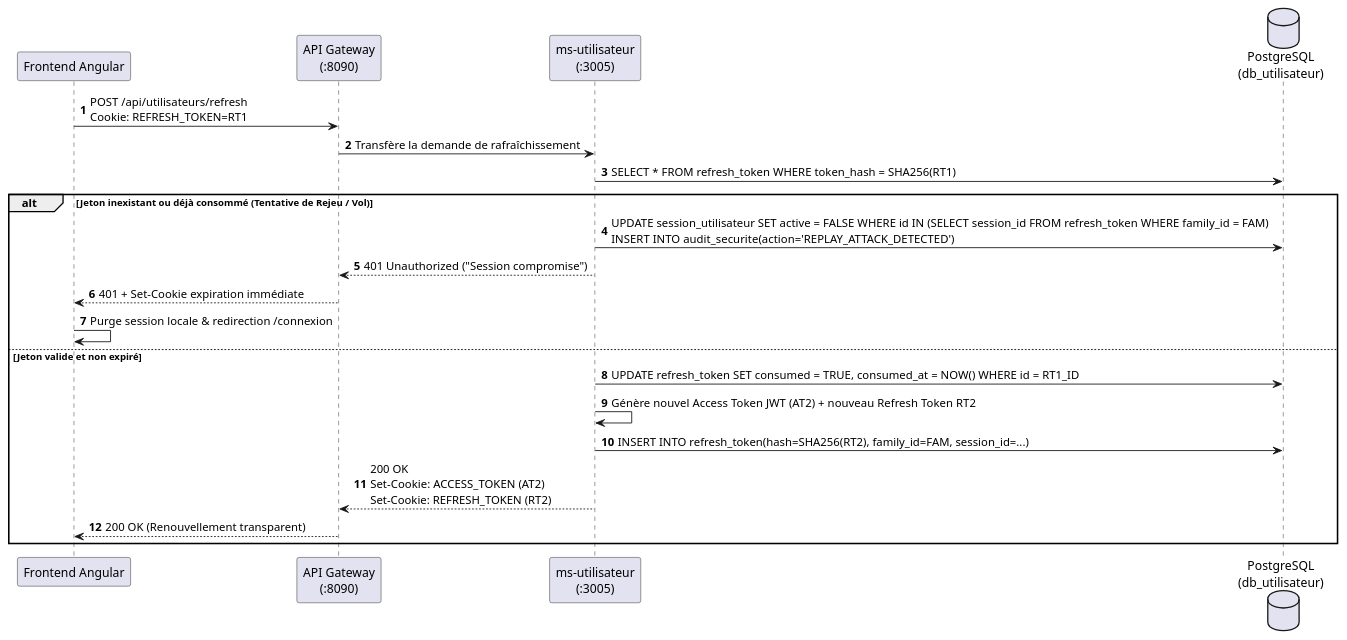
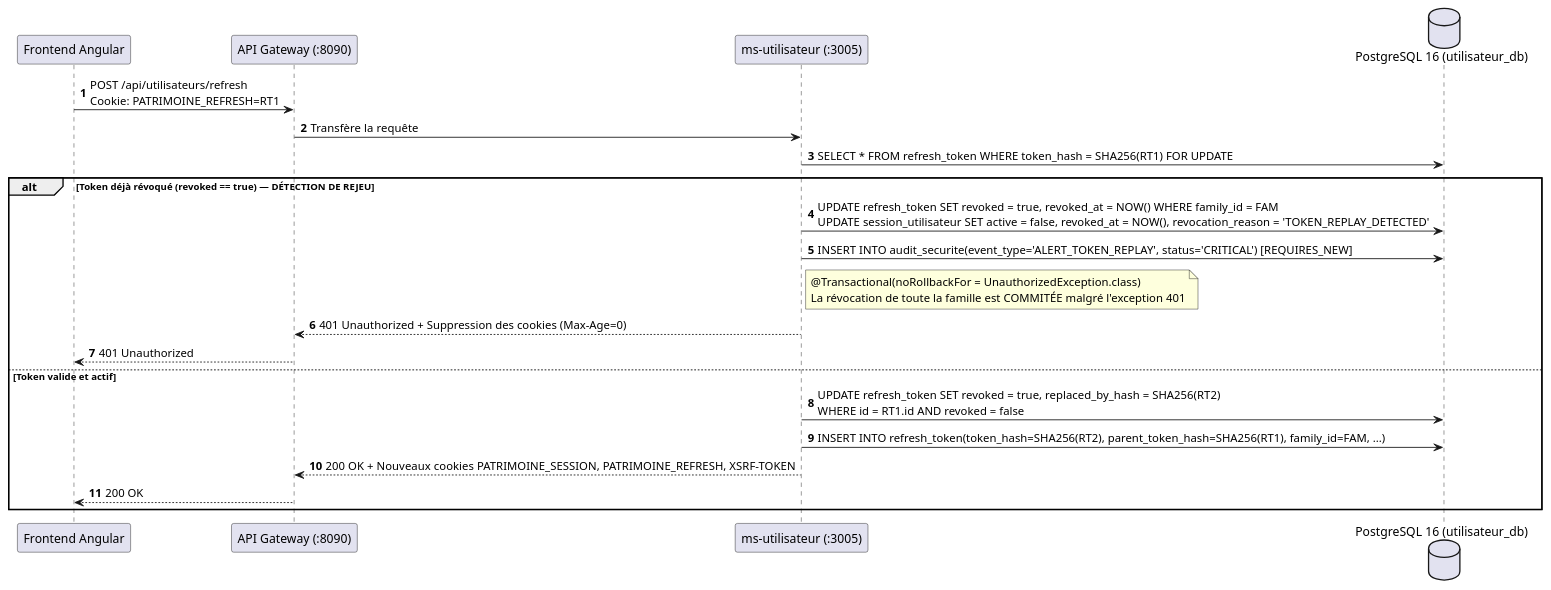
One commit to ona79/micro-service changed the third of 3 diagrams in docs/security/P02_ARCHITECTURE_SECURITE.md. Above: the diagram before and after it, drawn with PlantUML. The commit also changed other lines of this file and 5 other files, not shown here.

Commit message:
docs(security): alignement documentaire P02-CORRECTION, formules HMAC, procédures secrets et métriques PostgreSQL 16

````diff
--- a/docs/security/P02_ARCHITECTURE_SECURITE.md
+++ b/docs/security/P02_ARCHITECTURE_SECURITE.md
@@ -130,25 +178,25 @@
 ```plantuml
 @startuml P02_Sequence_Refresh
 autonumber
 participant "Frontend Angular" as UI
-participant "API Gateway\n(:8090)" as GW
-participant "ms-utilisateur\n(:3005)" as IdP
-database "PostgreSQL\n(db_utilisateur)" as DB
+participant "API Gateway (:8090)" as GW
+participant "ms-utilisateur (:3005)" as IdP
+database "PostgreSQL 16 (utilisateur_db)" as DB
 
-UI -> GW : POST /api/utilisateurs/refresh\nCookie: REFRESH_TOKEN=RT1
-GW -> IdP : Transfère la demande de rafraîchissement
-IdP -> DB : SELECT * FROM refresh_token WHERE token_hash = SHA256(RT1)
-alt Jeton inexistant ou déjà consommé (Tentative de Rejeu / Vol)
-    IdP -> DB : UPDATE session_utilisateur SET active = FALSE WHERE id IN (SELECT session_id FROM refresh_token WHERE family_id = FAM)\nINSERT INTO audit_securite(action='REPLAY_ATTACK_DETECTED')
-    IdP --> GW : 401 Unauthorized ("Session compromise")
-    GW --> UI : 401 + Set-Cookie expiration immédiate
-    UI -> UI : Purge session locale & redirection /connexion
-else Jeton valide et non expiré
-    IdP -> DB : UPDATE refresh_token SET consumed = TRUE, consumed_at = NOW() WHERE id = RT1_ID
-    IdP -> IdP : Génère nouvel Access Token JWT (AT2) + nouveau Refresh Token RT2
-    IdP -> DB : INSERT INTO refresh_token(hash=SHA256(RT2), family_id=FAM, session_id=...)
-    IdP --> GW : 200 OK\nSet-Cookie: ACCESS_TOKEN (AT2)\nSet-Cookie: REFRESH_TOKEN (RT2)
-    GW --> UI : 200 OK (Renouvellement transparent)
+UI -> GW : POST /api/utilisateurs/refresh\nCookie: PATRIMOINE_REFRESH=RT1
+GW -> IdP : Transfère la requête
+IdP -> DB : SELECT * FROM refresh_token WHERE token_hash = SHA256(RT1) FOR UPDATE
+alt Token déjà révoqué (revoked == true) — DÉTECTION DE REJEU
+    IdP -> DB : UPDATE refresh_token SET revoked = true, revoked_at = NOW() WHERE family_id = FAM\nUPDATE session_utilisateur SET active = false, revoked_at = NOW(), revocation_reason = 'TOKEN_REPLAY_DETECTED'
+    IdP -> DB : INSERT INTO audit_securite(event_type='ALERT_TOKEN_REPLAY', status='CRITICAL') [REQUIRES_NEW]
+    note right of IdP : @Transactional(noRollbackFor = UnauthorizedException.class)\nLa révocation de toute la famille est COMMITÉE malgré l'exception 401
+    IdP --> GW : 401 Unauthorized + Suppression des cookies (Max-Age=0)
+    GW --> UI : 401 Unauthorized
+else Token valide et actif
+    IdP -> DB : UPDATE refresh_token SET revoked = true, replaced_by_hash = SHA256(RT2)\nWHERE id = RT1.id AND revoked = false
+    IdP -> DB : INSERT INTO refresh_token(token_hash=SHA256(RT2), parent_token_hash=SHA256(RT1), family_id=FAM, ...)
+    IdP --> GW : 200 OK + Nouveaux cookies PATRIMOINE_SESSION, PATRIMOINE_REFRESH, XSRF-TOKEN
+    GW --> UI : 200 OK
 end
 @enduml
 ```
````
